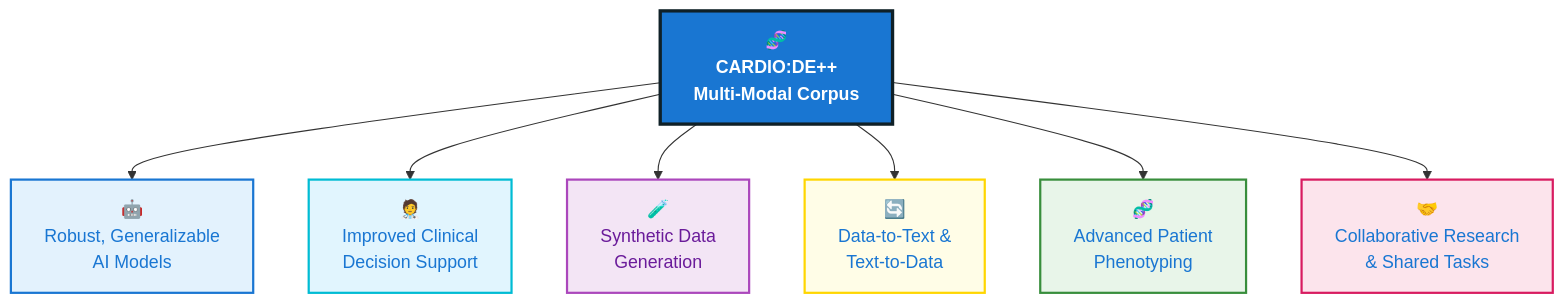
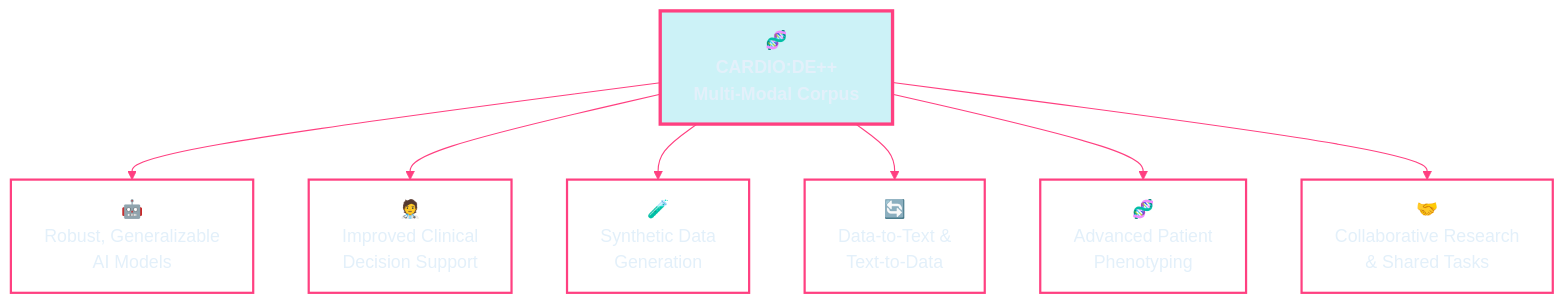
Before and after one commit to phiwi/cardio_dfg: the fifth of 5 diagrams in slides.md, drawn with Mermaid. The commit also changed other lines of this file and 3 other files, not shown here.

````diff
--- a/slides.md
+++ b/slides.md
@@ -384,25 +474,28 @@
 ```mermaid
+%%{init: {'theme': 'base', 'themeVariables': { 
+    'primaryColor': 'transparent', 
+    'primaryTextColor': '#e3f0fa', 
+    'lineColor': '#ff4081', 
+    'textColor': '#e3f0fa', 
+    'mainBkg': 'transparent', 
+    'nodeBorder': '#ff4081' 
+}}}%%
 flowchart TD
     A["<b>🧬<br>CARDIO:DE++<br>Multi-Modal Corpus</b>"]:::main
-    B1["🤖<br>Robust, Generalizable<br>AI Models"]:::ai
-    B2["🧑‍⚕️<br>Improved Clinical<br>Decision Support"]:::clinical
-    B3["🧪<br>Synthetic Data<br>Generation"]:::synth
-    B4["🔄<br>Data-to-Text &<br>Text-to-Data"]:::datatext
-    B5["🧬<br>Advanced Patient<br>Phenotyping"]:::pheno
-    B6["🤝<br>Collaborative Research<br>& Shared Tasks"]:::collab
+    B1["🤖<br>Robust, Generalizable<br>AI Models"]:::leaf
+    B2["🧑‍⚕️<br>Improved Clinical<br>Decision Support"]:::leaf
+    B3["🧪<br>Synthetic Data<br>Generation"]:::leaf
+    B4["🔄<br>Data-to-Text &<br>Text-to-Data"]:::leaf
+    B5["🧬<br>Advanced Patient<br>Phenotyping"]:::leaf
+    B6["🤝<br>Collaborative Research<br>& Shared Tasks"]:::leaf
 
     A --> B1
     A --> B2
     A --> B3
     A --> B4
     A --> B5
     A --> B6
 
-    classDef main fill:#1976d2,stroke:#0f2027,stroke-width:3px,color:#fff,stroke-dasharray: 0;
-    classDef ai fill:#e3f2fd,stroke:#1976d2,stroke-width:2px,color:#1976d2,stroke-dasharray: 0;
-    classDef clinical fill:#e1f5fe,stroke:#00bcd4,stroke-width:2px,color:#1976d2,stroke-dasharray: 0;
-    classDef synth fill:#f3e5f5,stroke:#ab47bc,stroke-width:2px,color:#6a1b9a,stroke-dasharray: 0;
-    classDef datatext fill:#fffde7,stroke:#ffd600,stroke-width:2px,color:#1976d2,stroke-dasharray: 0;
-    classDef pheno fill:#e8f5e9,stroke:#388e3c,stroke-width:2px,color:#1976d2,stroke-dasharray: 0;
-    classDef collab fill:#fce4ec,stroke:#d81b60,stroke-width:2px,color:#1976d2,stroke-dasharray: 0;
+    classDef main fill:#00bcd433,stroke:#ff4081,stroke-width:3px,color:#e3f0fa,font-weight:bold;
+    classDef leaf fill:transparent,stroke:#ff4081,stroke-width:2px,color:#e3f0fa;
 ```
````
